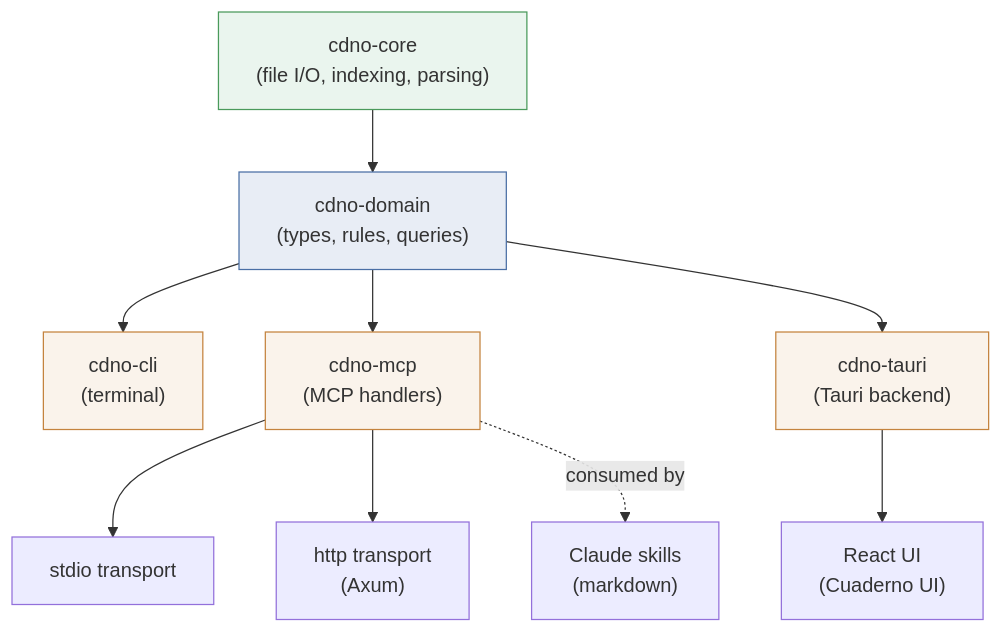
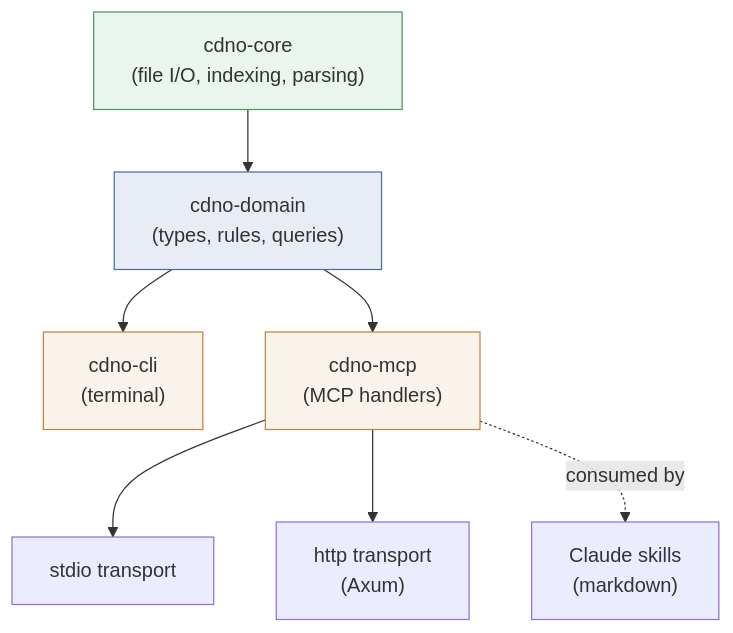
The diagram in docs/design.md (agustinvalencia/cuaderno), drawn with Mermaid before and after one commit. The commit also changed other lines of this file and 319 other files, not shown here.

````diff
--- a/docs/design.md
+++ b/docs/design.md
@@ -748,27 +745,22 @@
 ```mermaid
 graph TD
     CORE["cdno-core\n(file I/O, indexing, parsing)"]
     DOMAIN["cdno-domain\n(types, rules, queries)"]
     CLI["cdno-cli\n(terminal)"]
     MCP["cdno-mcp\n(MCP handlers)"]
-    TAURI["cdno-tauri\n(Tauri backend)"]
     STDIO["stdio transport"]
     HTTP["http transport\n(Axum)"]
-    UI["React UI\n(Cuaderno UI)"]
     SKILLS["Claude skills\n(markdown)"]
 
     CORE --> DOMAIN
     DOMAIN --> CLI
     DOMAIN --> MCP
-    DOMAIN --> TAURI
     MCP --> STDIO
     MCP --> HTTP
-    TAURI --> UI
     MCP -.->|"consumed by"| SKILLS
 
     style CORE fill:#eaf5ee,stroke:#4a9a5b
     style DOMAIN fill:#e8edf5,stroke:#4a6fa5
     style CLI fill:#faf3eb,stroke:#c4833e
     style MCP fill:#faf3eb,stroke:#c4833e
-    style TAURI fill:#faf3eb,stroke:#c4833e
 ```
````
